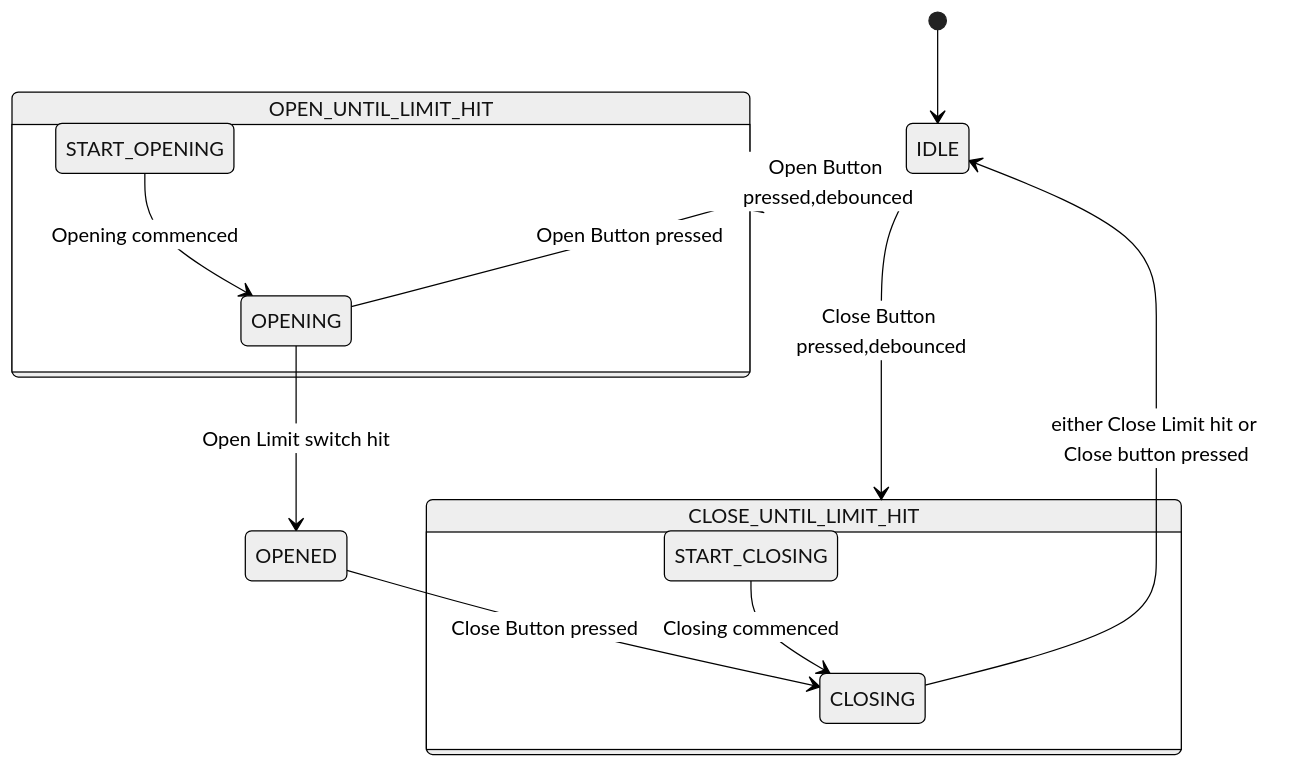
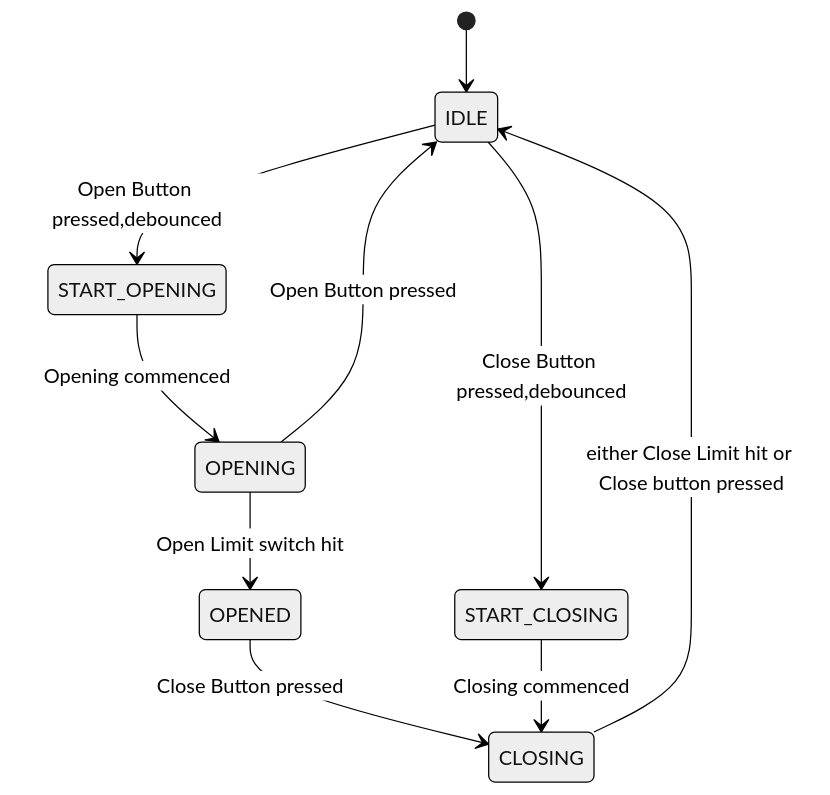
One commit to microcontrollersig/workshop changed the diagram in john/README.md. Above: the diagram before and after it, drawn with Mermaid (neutral theme).

````diff
--- a/john/README.md
+++ b/john/README.md
@@ -6,19 +6,15 @@
 ```mermaid
 stateDiagram-v2
     direction TB
     [*] --> IDLE
-    IDLE --> OPEN_UNTIL_LIMIT_HIT: Open Button pressed,debounced
-    IDLE --> CLOSE_UNTIL_LIMIT_HIT: Close Button pressed,debounced
+    IDLE --> START_OPENING: Open Button pressed,debounced
+    IDLE --> START_CLOSING: Close Button pressed,debounced
     OPENING --> IDLE: Open Button pressed
     CLOSING --> IDLE: either Close Limit hit or Close button pressed
     OPENING --> OPENED : Open Limit switch hit
     OPENED --> CLOSING: Close Button pressed
-    state OPEN_UNTIL_LIMIT_HIT {
-      direction TB
-      START_OPENING --> OPENING: Opening commenced
-    }
-    state CLOSE_UNTIL_LIMIT_HIT {
-      direction TB
+START_OPENING --> OPENING: Opening commenced
+    
       START_CLOSING --> CLOSING: Closing commenced
-    }    
+  
 ```
````
